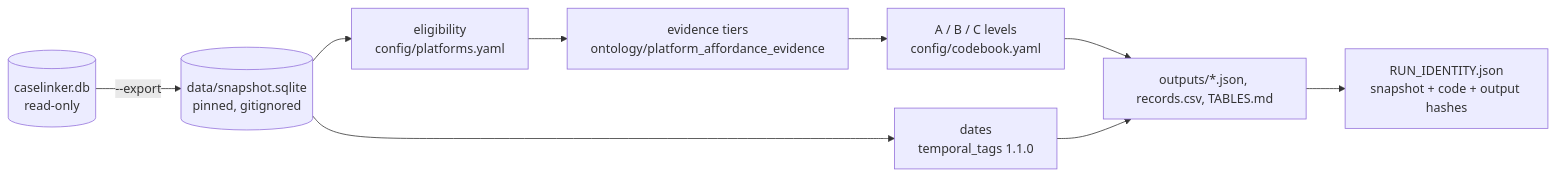
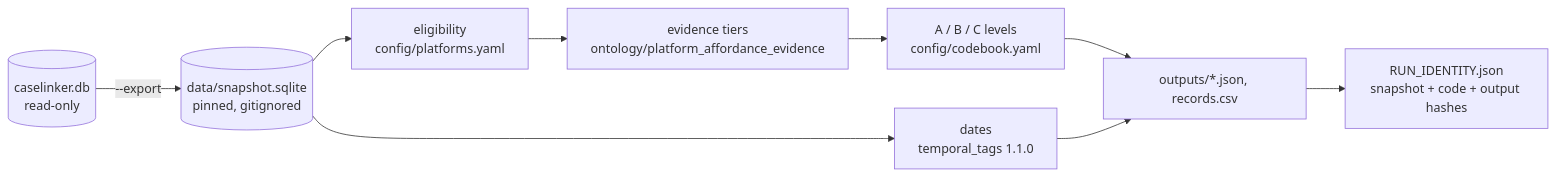
Before and after one commit to mrinaalr/CaseLinker: the diagram in ontology/platform_affordance_evidence/afh_manifest/README.md, drawn with Mermaid. The commit also changed other lines of this file and 32 other files, not shown here.

````diff
--- a/ontology/platform_affordance_evidence/afh_manifest/README.md
+++ b/ontology/platform_affordance_evidence/afh_manifest/README.md
@@ -5,11 +5,11 @@
 ```mermaid
 flowchart LR
   DB[(caselinker.db<br/>read-only)] -->|--export| S[(data/snapshot.sqlite<br/>pinned, gitignored)]
   S --> E[eligibility<br/>config/platforms.yaml]
   E --> T[evidence tiers<br/>ontology/platform_affordance_evidence]
   T --> A[A / B / C levels<br/>config/codebook.yaml]
   S --> D[dates<br/>temporal_tags 1.1.0]
-  A --> O[outputs/*.json, records.csv, TABLES.md]
+  A --> O[outputs/*.json, records.csv]
   D --> O
   O --> R[RUN_IDENTITY.json<br/>snapshot + code + output hashes]
 ```
````
